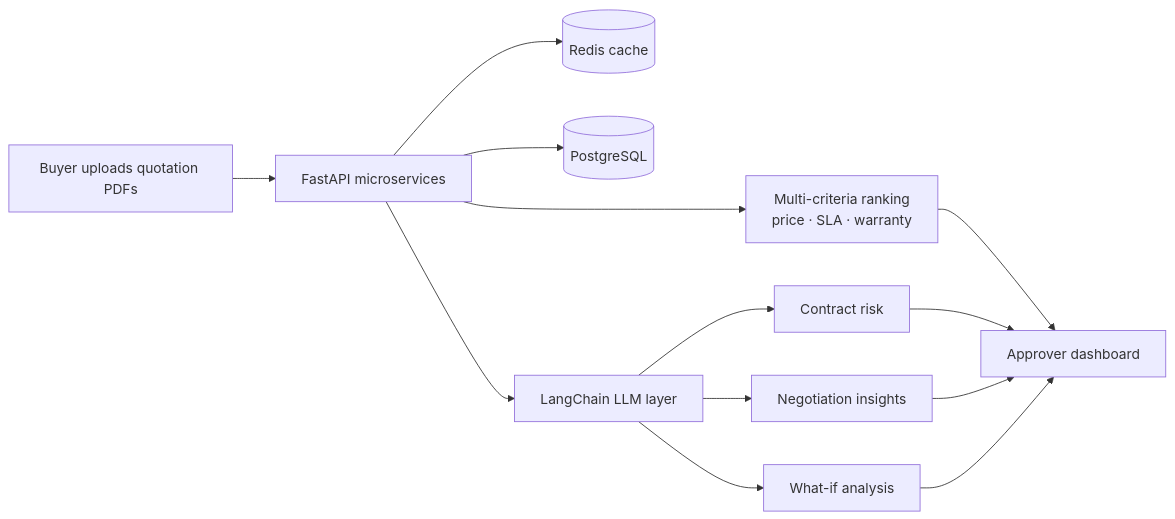
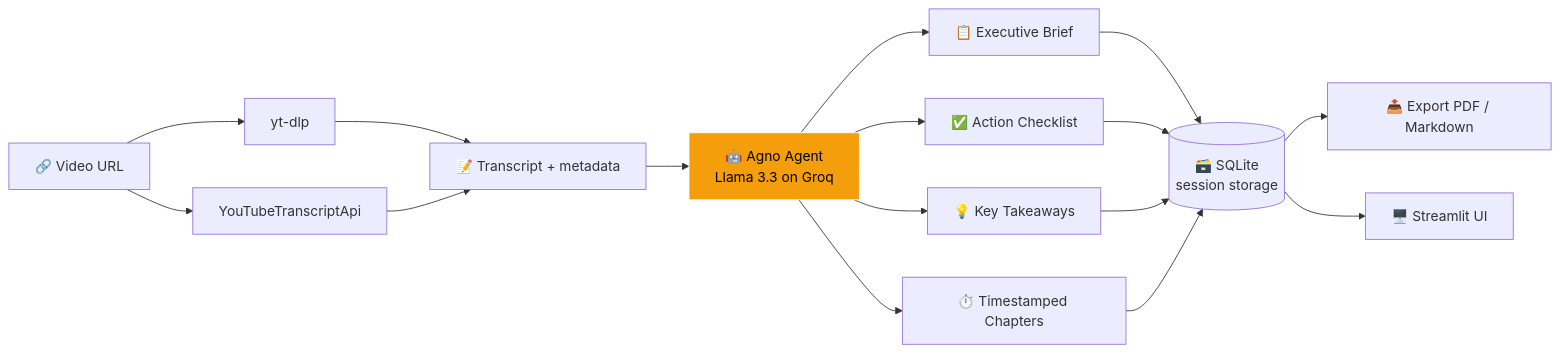
The seventh of 9 diagrams in README.md (KAVINGUPTA09/KAVINGUPTA09), drawn with Mermaid before and after one commit. The commit also changed other lines of this file, not shown here.

````diff
--- a/README.md
+++ b/README.md
@@ -144,15 +305,20 @@
 ```mermaid
 flowchart LR
-    A[Buyer uploads quotation PDFs] --> B[FastAPI microservices]
-    B --> C[(Redis cache)]
-    B --> D[(PostgreSQL)]
-    B --> E[Multi-criteria ranking<br/>price · SLA · warranty]
-    B --> F[LangChain LLM layer]
-    F --> G[Contract risk]
-    F --> H[Negotiation insights]
-    F --> I[What-if analysis]
-    E --> J[Approver dashboard]
+    A["🔗 Video URL"] --> B["yt-dlp"]
+    A --> C["YouTubeTranscriptApi"]
+    B --> D["📝 Transcript + metadata"]
+    C --> D
+    D --> E["🤖 Agno Agent<br/>Llama 3.3 on Groq"]
+    E --> F["📋 Executive Brief"]
+    E --> G["✅ Action Checklist"]
+    E --> H["💡 Key Takeaways"]
+    E --> I["⏱️ Timestamped Chapters"]
+    F --> J[("🗃️ SQLite<br/>session storage")]
     G --> J
     H --> J
     I --> J
+    J --> K["📤 Export PDF / Markdown"]
+    J --> L["🖥️ Streamlit UI"]
+    classDef ai fill:#f59e0b,stroke:#fff,color:#000
+    class E ai
 ```
````
